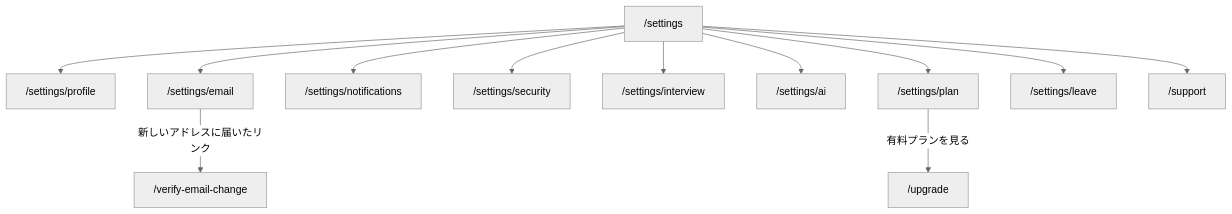
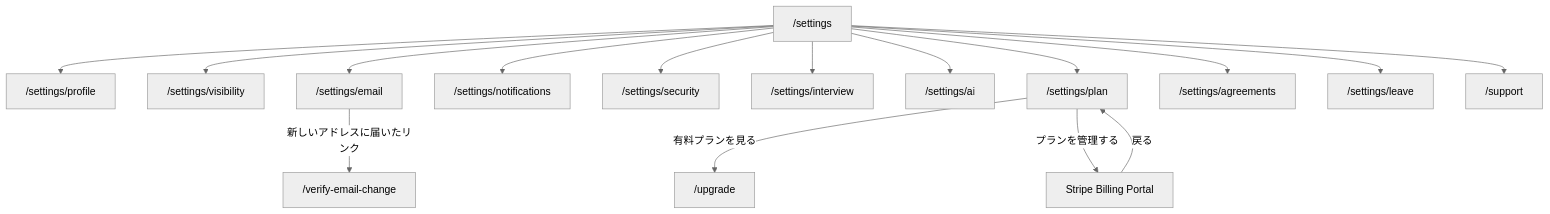
The diagram in apps/internal-dashboard/content/docs/pages/member-settings.md (masseater/typescript-template), drawn with Mermaid (neutral theme) before and after one commit. The commit also changed other lines of this file and 479 other files, not shown here.

````diff
--- a/apps/internal-dashboard/content/docs/pages/member-settings.md
+++ b/apps/internal-dashboard/content/docs/pages/member-settings.md
@@ -87,14 +123,18 @@
 ```mermaid
 flowchart TD
   settings["/settings"] --> profile["/settings/profile"]
+  settings --> visibility["/settings/visibility"]
   settings --> email["/settings/email"]
   email -- 新しいアドレスに届いたリンク --> verify["/verify-email-change"]
   settings --> notifications["/settings/notifications"]
   settings --> security["/settings/security"]
   settings --> interview["/settings/interview"]
   settings --> ai["/settings/ai"]
   settings --> plan["/settings/plan"]
+  settings --> agreements["/settings/agreements"]
   settings --> leave["/settings/leave"]
   settings --> support["/support"]
   plan -- 有料プランを見る --> upgrade["/upgrade"]
+  plan -- プランを管理する --> portal["Stripe Billing Portal"]
+  portal -- 戻る --> plan
 ```
````
